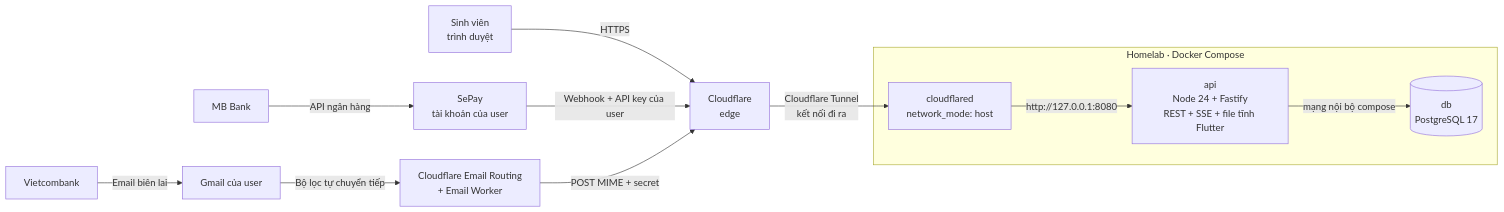
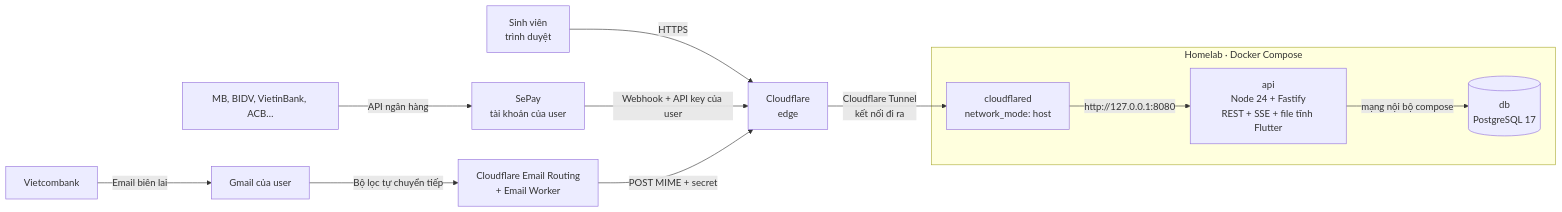
The first of 2 diagrams in SYSTEM_SPEC.md (PhamNam342/ITSS2), drawn with Mermaid before and after one commit. The commit also changed other lines of this file and 2 other files, not shown here.

Commit message:
Bank link page: SePay works with any bank it supports, not only MB

````diff
--- a/SYSTEM_SPEC.md
+++ b/SYSTEM_SPEC.md
@@ -87,14 +87,14 @@
 ```mermaid
 flowchart LR
     U[Sinh viên<br/>trình duyệt] -->|HTTPS| CF[Cloudflare<br/>edge]
-    MB[MB Bank] -->|API ngân hàng| SP[SePay<br/>tài khoản của user]
+    MB[MB, BIDV, VietinBank, ACB…] -->|API ngân hàng| SP[SePay<br/>tài khoản của user]
     SP -->|Webhook + API key của user| CF
     VCB[Vietcombank] -->|Email biên lai| GM[Gmail của user]
     GM -->|Bộ lọc tự chuyển tiếp| ER[Cloudflare Email Routing<br/>+ Email Worker]
     ER -->|POST MIME + secret| CF
     CF -->|Cloudflare Tunnel<br/>kết nối đi ra| CD[cloudflared<br/>network_mode: host]
     subgraph HL[Homelab · Docker Compose]
         CD -->|http://127.0.0.1:8080| API[api<br/>Node 24 + Fastify<br/>REST + SSE + file tĩnh Flutter]
         API -->|mạng nội bộ compose| DB[(db<br/>PostgreSQL 17)]
     end
 ```
````
